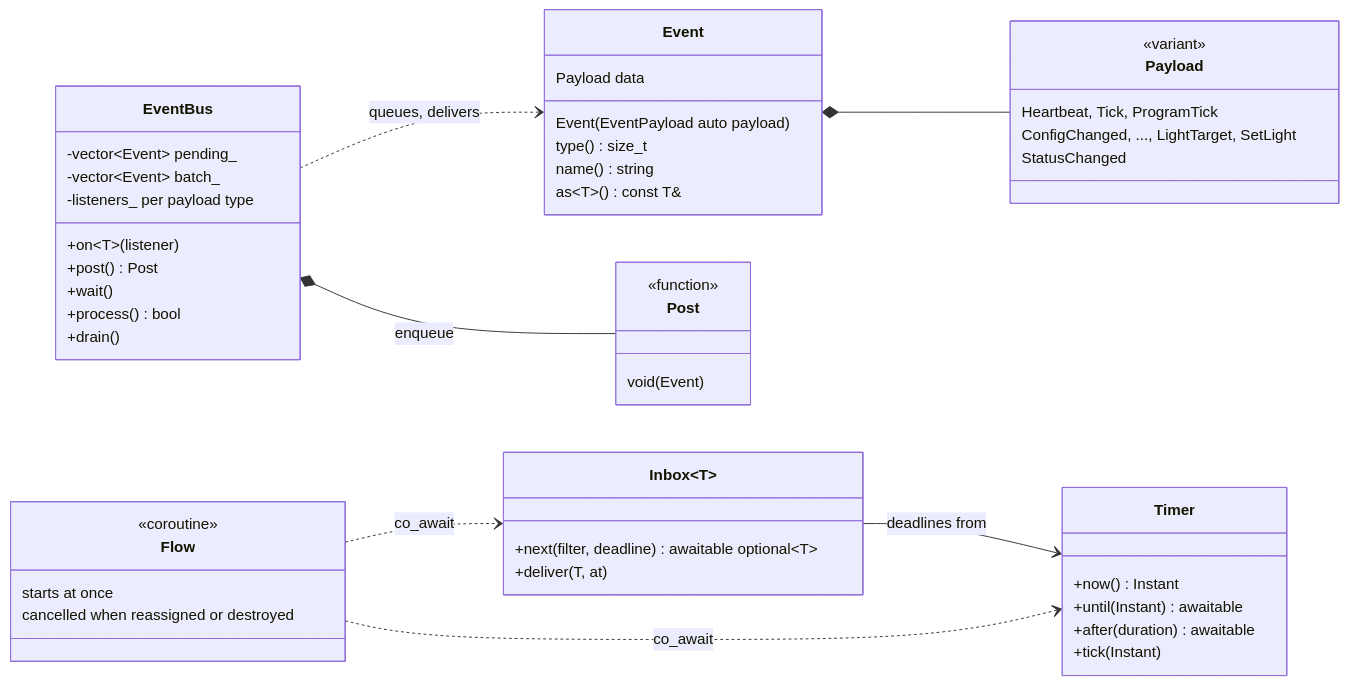
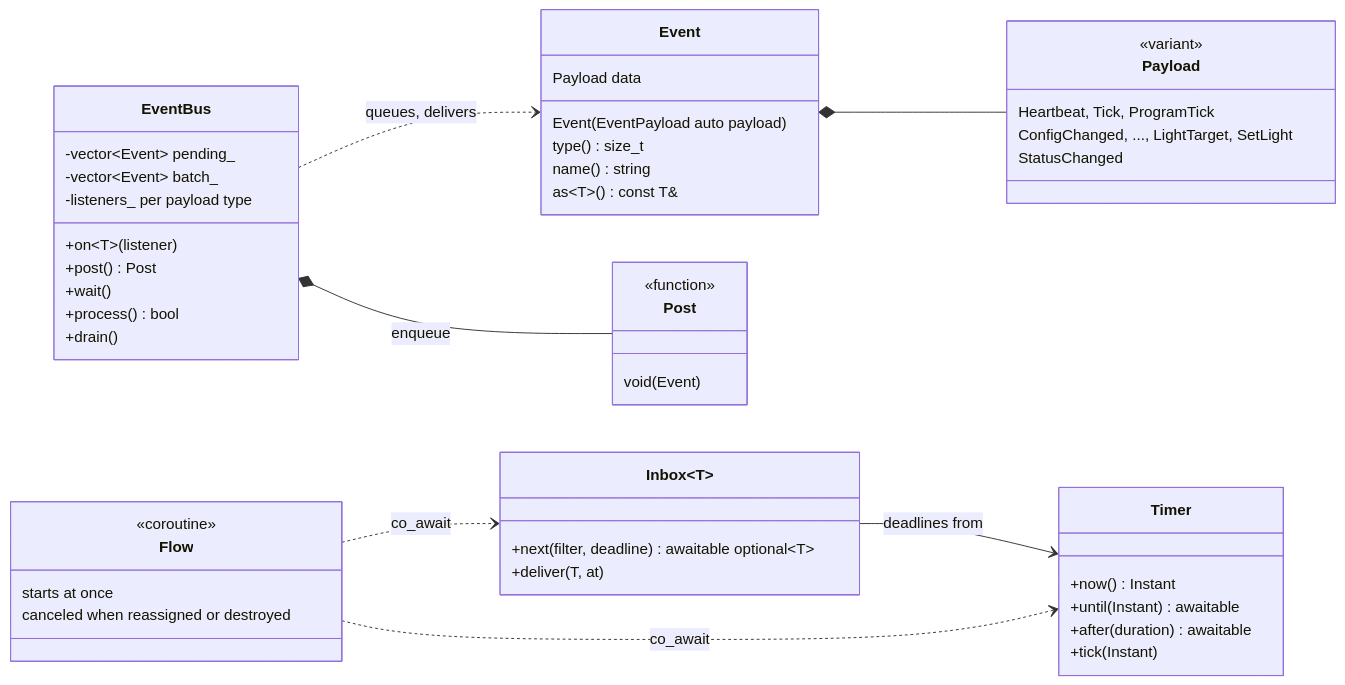
One commit to bjerre/sunsim changed the third of 10 diagrams in ARCHITECTURE.md. Above: the diagram before and after it, drawn with Mermaid. The commit also changed other lines of this file and 20 other files, not shown here.

````diff
--- a/ARCHITECTURE.md
+++ b/ARCHITECTURE.md
@@ -179,53 +179,53 @@
 ```mermaid
 classDiagram
     direction LR
     class Event {
         Payload data
         Event(EventPayload auto payload)
         type() size_t
         name() string
         as~T~() const T&
     }
     class Payload {
         <<variant>>
         Heartbeat, Tick, ProgramTick
         ConfigChanged, ..., LightTarget, SetLight
         StatusChanged
     }
     class Post {
         <<function>>
         void(Event)
     }
     class EventBus {
         -vector~Event~ pending_
         -vector~Event~ batch_
         -listeners_ per payload type
         +on~T~(listener)
         +post() Post
         +wait()
         +process() bool
         +drain()
     }
     class Flow {
         <<coroutine>>
         starts at once
-        cancelled when reassigned or destroyed
+        canceled when reassigned or destroyed
     }
     class Timer {
         +now() Instant
         +until(Instant) awaitable
         +after(duration) awaitable
         +tick(Instant)
     }
     class Inbox~T~ {
         +next(filter, deadline) awaitable optional~T~
         +deliver(T, at)
     }
 
     Event *-- Payload
     EventBus ..> Event : queues, delivers
     EventBus *-- Post : enqueue
     Inbox~T~ --> Timer : deadlines from
     Flow ..> Timer : co_await
     Flow ..> Inbox~T~ : co_await
 ```
````
